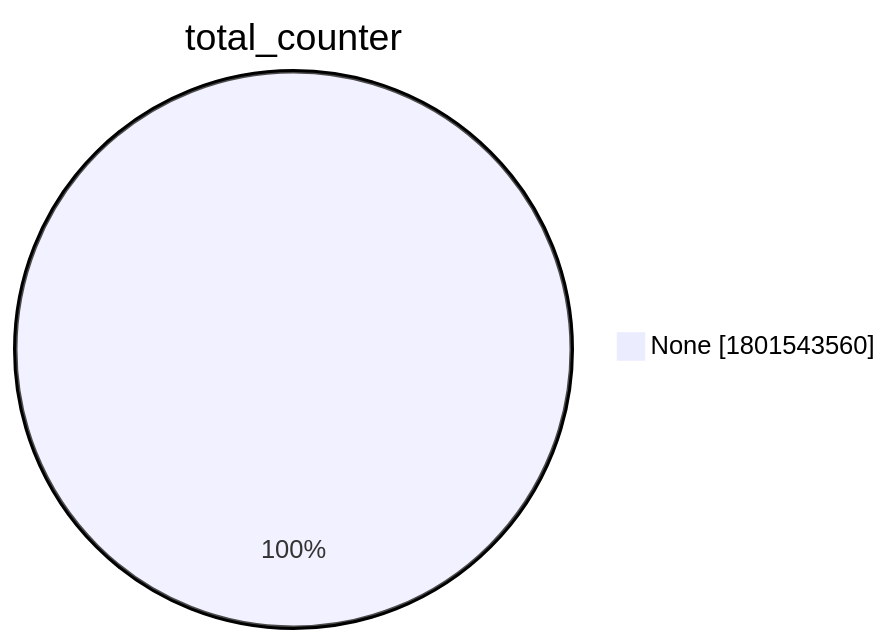
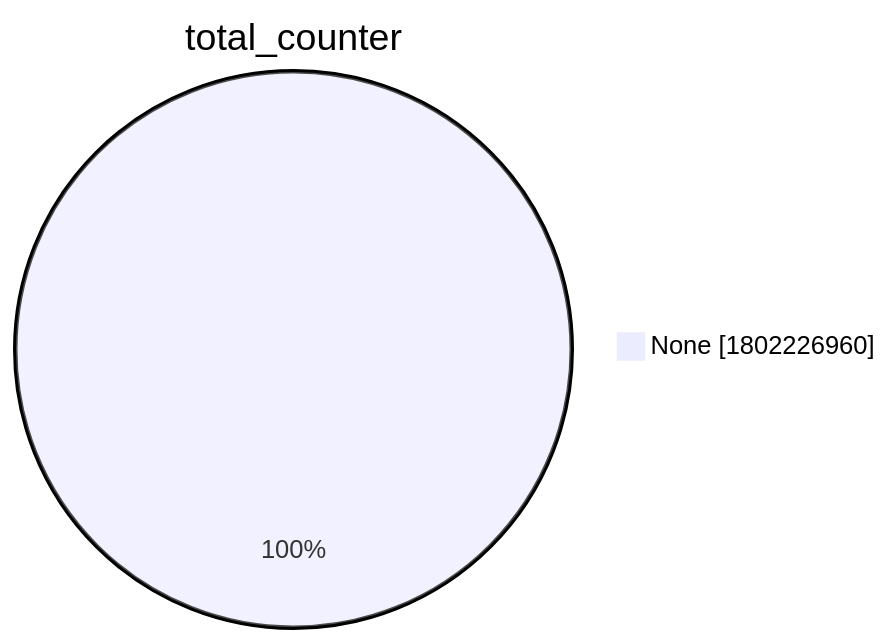
One commit to christiankrug/ctmonitor_visualization changed the second of 15 diagrams in xenon2022/README.md. Above: the diagram before and after it, drawn with Mermaid. The commit also changed other lines of this file, not shown here.

````diff
--- a/xenon2022/README.md
+++ b/xenon2022/README.md
@@ -9,5 +9,5 @@
 ```mermaid
 pie showData
 title total_counter
-"None" :1801543560
+"None" :1802226960
 ```
````
